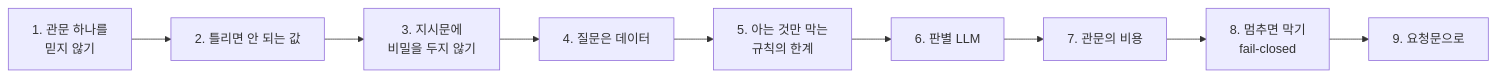
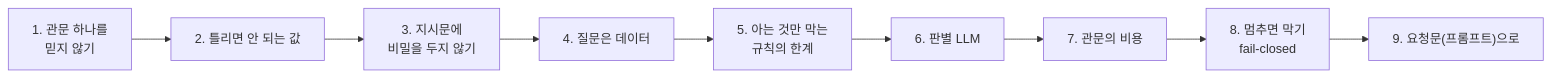
The first of 3 diagrams in Lecture/73/02-STAGE2-LAYERED-DEFENSE.md (jbbdyee/ai-engineering-lab), drawn with Mermaid before and after one commit. The commit also changed other lines of this file and 197 other files, not shown here.

````diff
--- a/Lecture/73/02-STAGE2-LAYERED-DEFENSE.md
+++ b/Lecture/73/02-STAGE2-LAYERED-DEFENSE.md
@@ -8,5 +8,5 @@
 ```mermaid
 flowchart LR
   A["1. 관문 하나를<br/>믿지 않기"] --> B["2. 틀리면 안 되는 값"] --> C["3. 지시문에<br/>비밀을 두지 않기"] --> D["4. 질문은 데이터"] --> E["5. 아는 것만 막는<br/>규칙의 한계"]
-  E --> F["6. 판별 LLM"] --> G["7. 관문의 비용"] --> H["8. 멈추면 막기<br/>fail-closed"] --> I["9. 요청문으로"]
+  E --> F["6. 판별 LLM"] --> G["7. 관문의 비용"] --> H["8. 멈추면 막기<br/>fail-closed"] --> I["9. 요청문(프롬프트)으로"]
 ```
````
